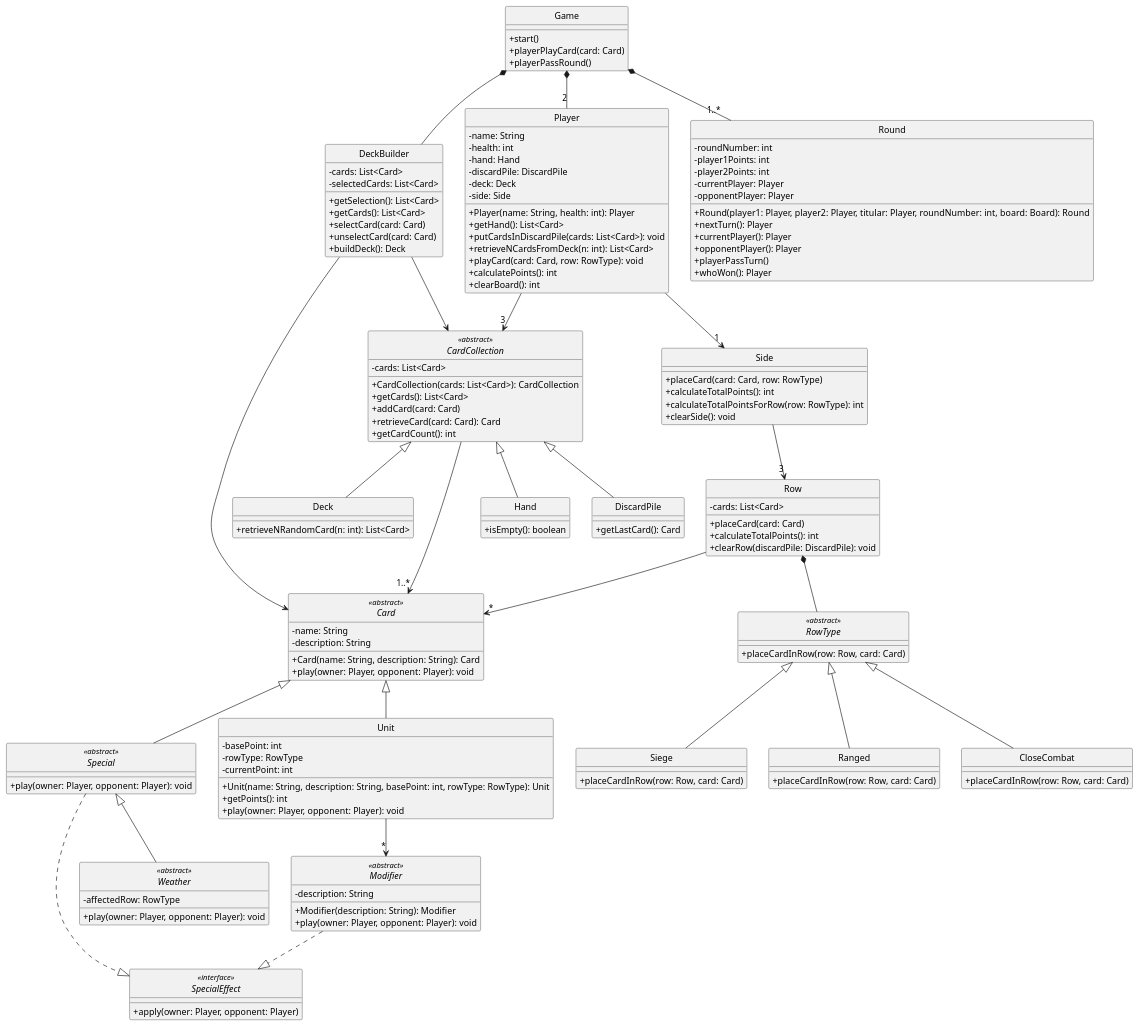
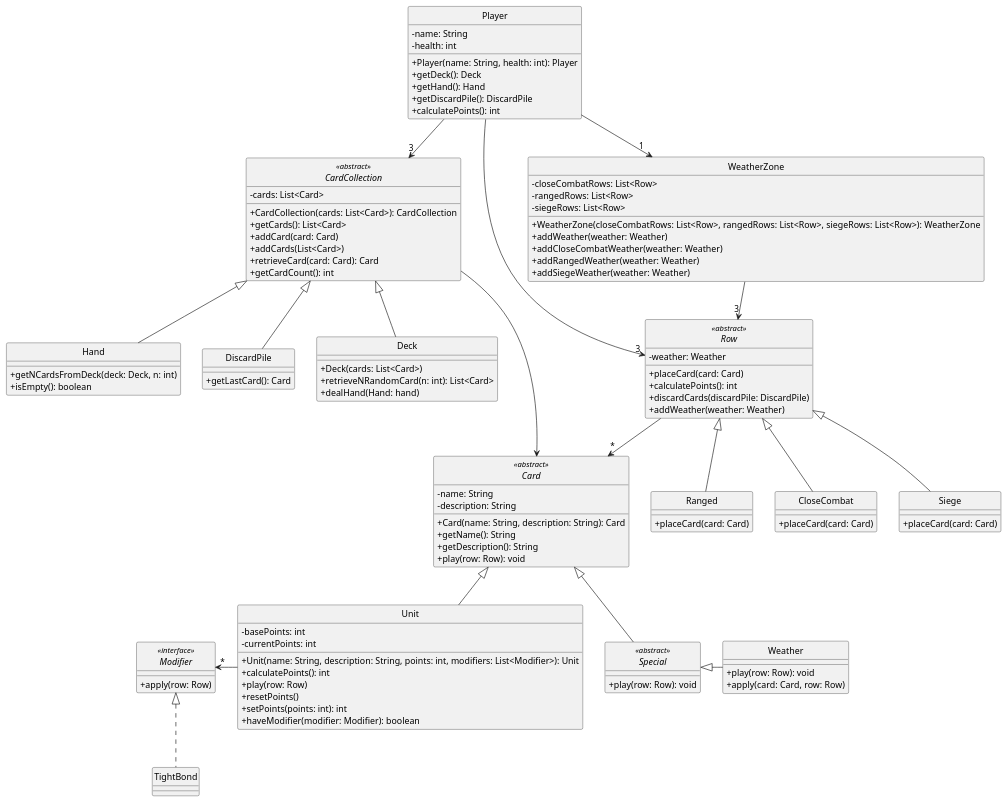
One commit to Yonhir/algo3_proyecto_base_tp2 changed the diagram in diagrams/classes/boceto.plantuml. Above: the diagram before and after it, drawn with PlantUML.

Commit message:
update boceto

```diff
--- a/diagrams/classes/boceto.plantuml
+++ b/diagrams/classes/boceto.plantuml
@@ -1,176 +1,140 @@
 @startuml
 
 skinparam monochrome true
 hide circle
 skinparam classAttributeIconSize 0
 
 ' =====================
 ' GAME
 ' =====================
-class Game {
-  +start()
-  +playerPlayCard(card: Card)
-  +playerPassRound()
-}
-
-class DeckBuilder {
-  -cards: List<Card>
-  -selectedCards: List<Card>
-  +getSelection(): List<Card>
-  +getCards(): List<Card>
-  +selectCard(card: Card)
-  +unselectCard(card: Card)
-  +buildDeck(): Deck
+class Player {
+  -name: String
+  -health: int
+  +Player(name: String, health: int): Player
+  +getDeck(): Deck
+  +getHand(): Hand
+  +getDiscardPile(): DiscardPile
+  +calculatePoints(): int
 }
 
 abstract class CardCollection <<abstract>> {
   -cards: List<Card>
   +CardCollection(cards: List<Card>): CardCollection
   +getCards(): List<Card>
   +addCard(card: Card)
+  +addCards(List<Card>)
   +retrieveCard(card: Card): Card
   +getCardCount(): int
 }
 
 class Hand {
+  +getNCardsFromDeck(deck: Deck, n: int)
   +isEmpty(): boolean
 }
 
 class DiscardPile {
   +getLastCard(): Card
 }
 
 class Deck {
+  +Deck(cards: List<Card>)
   +retrieveNRandomCard(n: int): List<Card>
+  +dealHand(Hand: hand)
 }
 
-class Player {
-  -name: String
-  -health: int
-  -hand: Hand
-  -discardPile: DiscardPile
-  -deck: Deck
-  -side: Side
-  +Player(name: String, health: int): Player
-  +getHand(): List<Card>
-  +putCardsInDiscardPile(cards: List<Card>): void
-  +retrieveNCardsFromDeck(n: int): List<Card>
-  +playCard(card: Card, row: RowType): void
+interface Row <<abstract>> {
+  -weather: Weather
+  +placeCard(card: Card)
   +calculatePoints(): int
-  +clearBoard(): int
+  +discardCards(discardPile: DiscardPile)
+  +addWeather(weather: Weather)
 }
 
-class Round {
-  -roundNumber: int
-  -player1Points: int
-  -player2Points: int
-  -currentPlayer: Player
-  -opponentPlayer: Player
-  +Round(player1: Player, player2: Player, titular: Player, roundNumber: int, board: Board): Round
-  +nextTurn(): Player
-  +currentPlayer(): Player
-  +opponentPlayer(): Player
-  +playerPassTurn()
-  +whoWon(): Player
+class Ranged {
+  +placeCard(card: Card)
 }
 
-class Side {
-  +placeCard(card: Card, row: RowType)
-  +calculateTotalPoints(): int
-  +calculateTotalPointsForRow(row: RowType): int
-  +clearSide(): void
+class CloseCombat {
+  +placeCard(card: Card)
 }
 
-abstract class RowType <<abstract>> {
-  +placeCardInRow(row: Row, card: Card)
+class Siege {
+  +placeCard(card: Card)
 }
 
-class Ranged extends RowType {
-  +placeCardInRow(row: Row, card: Card)
-}
-
-class CloseCombat extends RowType {
-  +placeCardInRow(row: Row, card: Card)
-}
-
-class Siege extends RowType {
-  +placeCardInRow(row: Row, card: Card)
-}
-
-class Row {
-  -cards: List<Card>
-  +placeCard(card: Card)
-  +calculateTotalPoints(): int
-  +clearRow(discardPile: DiscardPile): void
-}
-
-' =====================
-' CARD
-' =====================
-interface SpecialEffect <<interface>> {
-  +apply(owner: Player, opponent: Player)
+class WeatherZone {
+  -closeCombatRows: List<Row>
+  -rangedRows: List<Row>
+  -siegeRows: List<Row>
+  +WeatherZone(closeCombatRows: List<Row>, rangedRows: List<Row>, siegeRows: List<Row>): WeatherZone
+  +addWeather(weather: Weather)
+  +addCloseCombatWeather(weather: Weather)
+  +addRangedWeather(weather: Weather)
+  +addSiegeWeather(weather: Weather)
 }
 
 abstract class Card <<abstract>> {
   -name: String
   -description: String
   +Card(name: String, description: String): Card
-  +play(owner: Player, opponent: Player): void
+  +getName(): String
+  +getDescription(): String
+  +play(row: Row): void
 }
 
 class Unit {
-  -basePoint: int
-  -rowType: RowType
-  -currentPoint: int
-  +Unit(name: String, description: String, basePoint: int, rowType: RowType): Unit
-  +getPoints(): int
-  +play(owner: Player, opponent: Player): void
+  -basePoints: int
+  -currentPoints: int
+  +Unit(name: String, description: String, points: int, modifiers: List<Modifier>): Unit
+  +calculatePoints(): int
+  +play(row: Row)
+  +resetPoints()
+  +setPoints(points: int): int
+  +haveModifier(modifier: Modifier): boolean
 }
 
 abstract class Special <<abstract>> {
-  +play(owner: Player, opponent: Player): void
+  +play(row: Row): void
 }
 
-abstract class Weather <<abstract>> {
-  -affectedRow: RowType
-  +play(owner: Player, opponent: Player): void
+class TightBond{
+
 }
 
-abstract class Modifier <<abstract>> {
-  -description: String
-  +Modifier(description: String): Modifier
-  +play(owner: Player, opponent: Player): void
+interface Modifier <<interface>> {
+    +apply(row: Row)
 }
+
+class Weather {
+  +play(row: Row): void
+  +apply(card: Card, row: Row)
+}
+
 
 ' =====================
 ' RELATIONSHIPS
 ' =====================
+Player --> "3" CardCollection
+Player --> "3" Row
+Player --> "1" WeatherZone
 
-Game *-- "1..*" Round
-Game *-- "2" Player
-Game *-- DeckBuilder
+WeatherZone --> "3" Row
 
-DeckBuilder --> Card
-DeckBuilder --> CardCollection
-
-CardCollection --> "1..*" Card
+CardCollection -->  Card
 CardCollection <|-- Hand
 CardCollection <|-- DiscardPile
 CardCollection <|-- Deck
 
-Player --> "3" CardCollection
-Player --> "1" Side
+Row <|-- Ranged
+Row <|-- CloseCombat
+Row <|-- Siege
 
-Side --> "3" Row
-Row *-- RowType
 Row --> "*" Card
 
 Card <|-- Unit
 Card <|-- Special
-Special <|-- Weather
-
-Unit --> "*" Modifier
-Modifier ..|> SpecialEffect
-Special ..|> SpecialEffect
+Modifier "*"<- Unit
+Modifier <|.. TightBond
+Special <|- Weather
 
 @enduml
```
